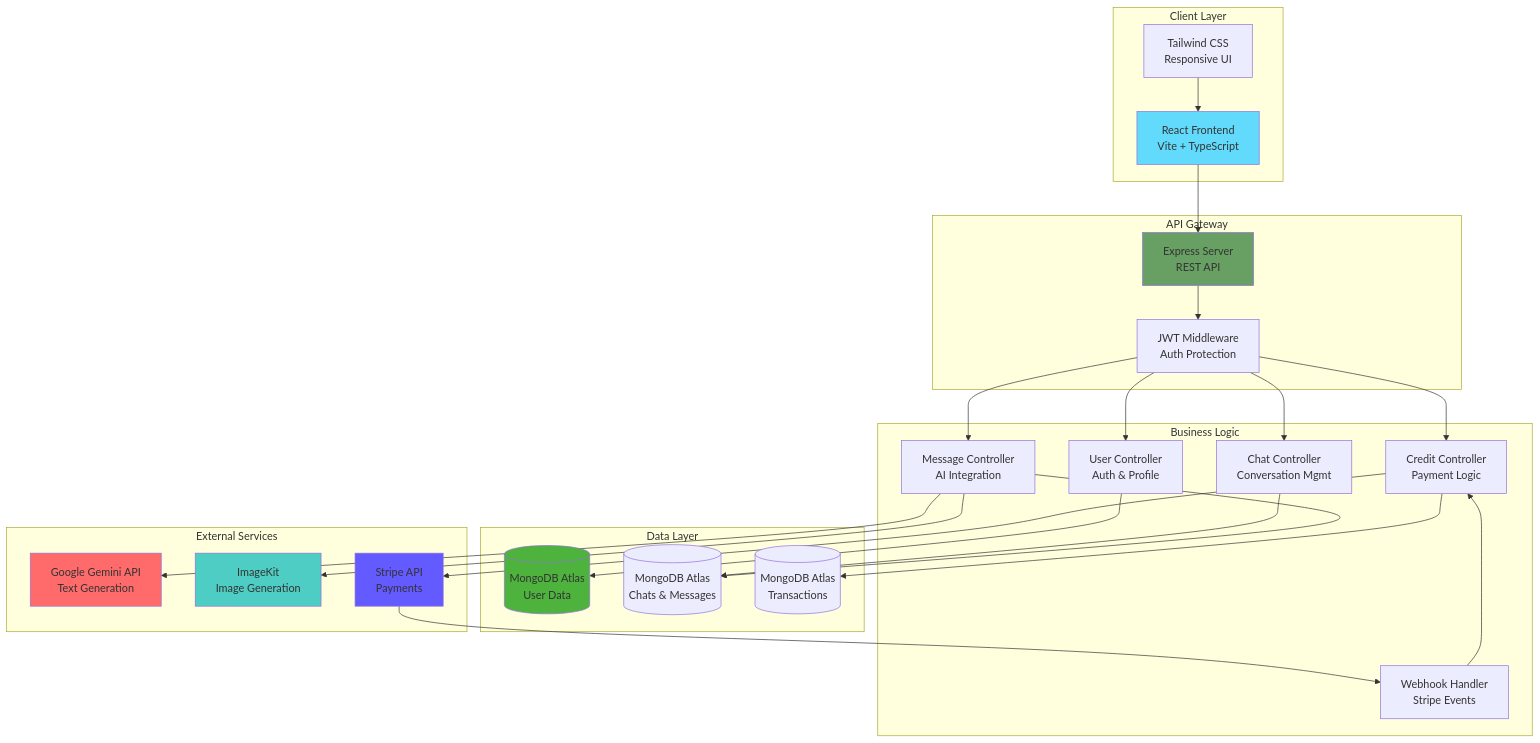
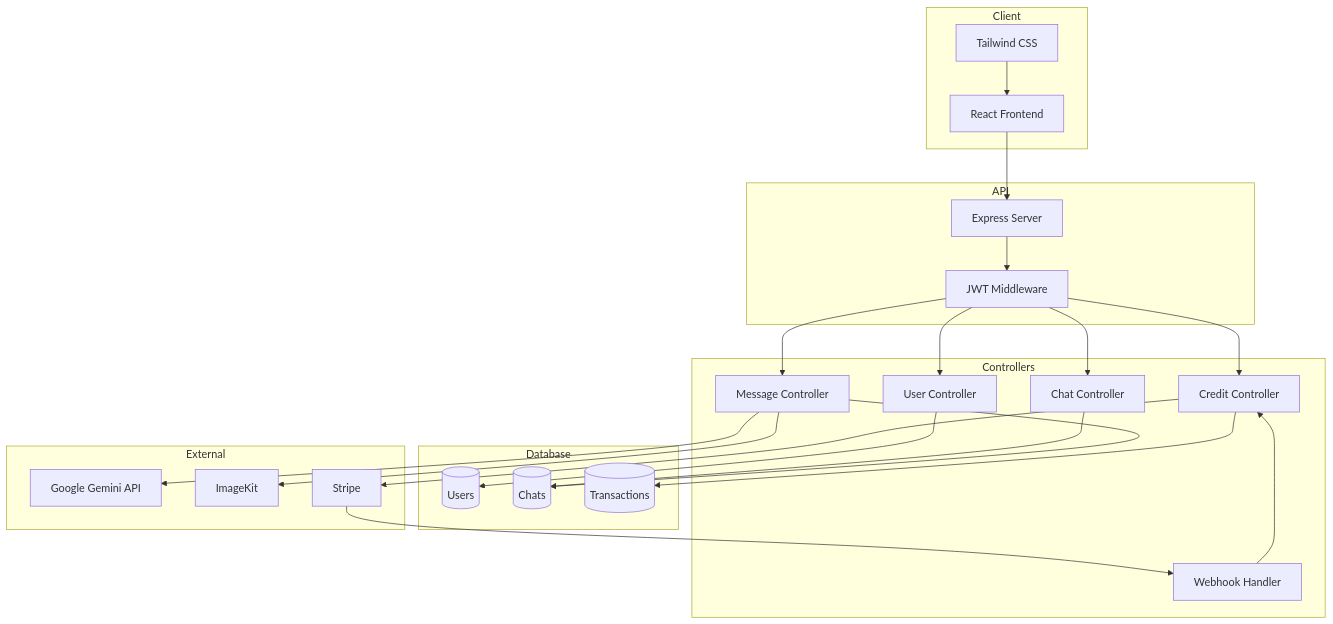
One commit to VIKRAMANR7/AuroraAI changed the first of 3 diagrams in README.md. Above: the diagram before and after it, drawn with Mermaid. The commit also changed other lines of this file and 17 other files, not shown here.

Commit message:
refactor: improve code quality with TypeScript best practices and ESLint fixes

````diff
--- a/README.md
+++ b/README.md
@@ -131,52 +97,45 @@
 ```mermaid
 graph TB
-    subgraph "Client Layer"
-        A[React Frontend<br/>Vite + TypeScript]
-        B[Tailwind CSS<br/>Responsive UI]
+    subgraph Client
+        A[React Frontend]
+        B[Tailwind CSS]
     end
 
-    subgraph "API Gateway"
-        C[Express Server<br/>REST API]
-        D[JWT Middleware<br/>Auth Protection]
+    subgraph API
+        C[Express Server]
+        D[JWT Middleware]
     end
 
-    subgraph "Business Logic"
-        E[User Controller<br/>Auth & Profile]
-        F[Chat Controller<br/>Conversation Mgmt]
-        G[Message Controller<br/>AI Integration]
-        H[Credit Controller<br/>Payment Logic]
-        I[Webhook Handler<br/>Stripe Events]
+    subgraph Controllers
+        E[User Controller]
+        F[Chat Controller]
+        G[Message Controller]
+        H[Credit Controller]
+        I[Webhook Handler]
     end
 
-    subgraph "Data Layer"
-        J[(MongoDB Atlas<br/>User Data)]
-        K[(MongoDB Atlas<br/>Chats & Messages)]
-        L[(MongoDB Atlas<br/>Transactions)]
+    subgraph Database
+        J[(Users)]
+        K[(Chats)]
+        L[(Transactions)]
     end
 
-    subgraph "External Services"
-        M[Google Gemini API<br/>Text Generation]
-        N[ImageKit<br/>Image Generation]
-        O[Stripe API<br/>Payments]
+    subgraph External
+        M[Google Gemini API]
+        N[ImageKit]
+        O[Stripe]
     end
 
     A --> C
     B --> A
     C --> D
     D --> E & F & G & H
     O --> I
     I --> H
 
     E --> J
     F --> K
     G --> K
     G --> M & N
     H --> L & O
-
-    style A fill:#61dafb
-    style C fill:#68a063
-    style J fill:#4db33d
-    style M fill:#ff6b6b
-    style N fill:#4ecdc4
-    style O fill:#635bff
 ```
````
